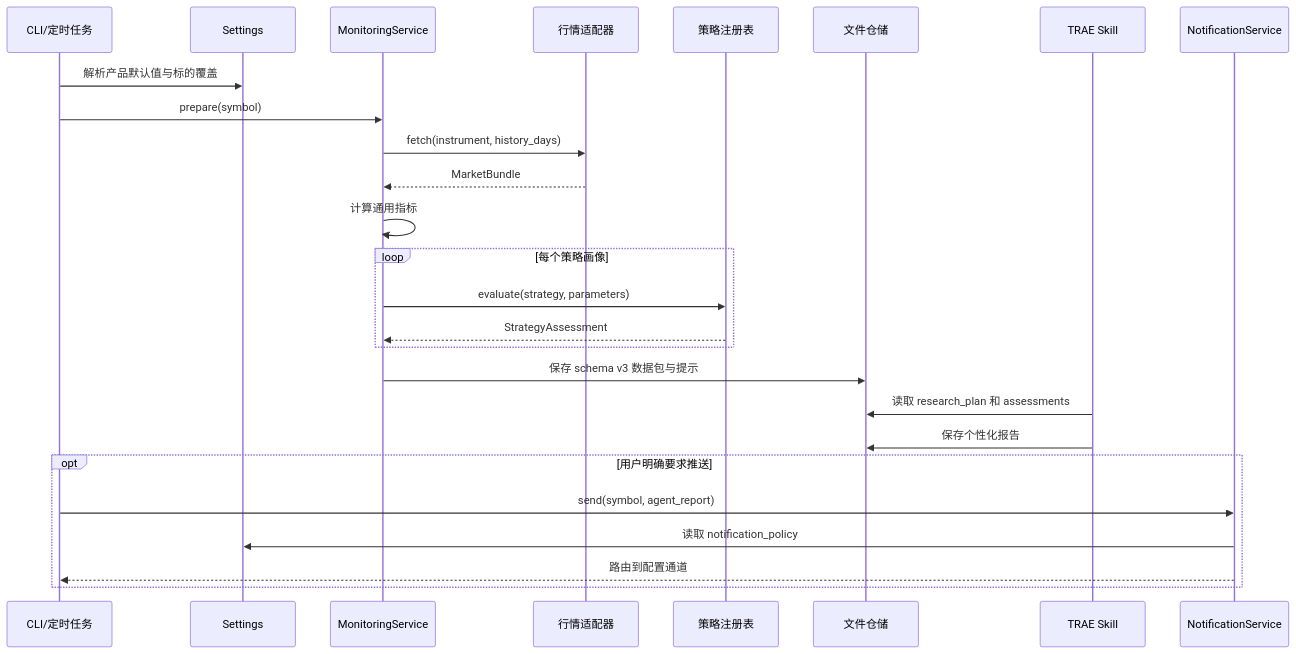
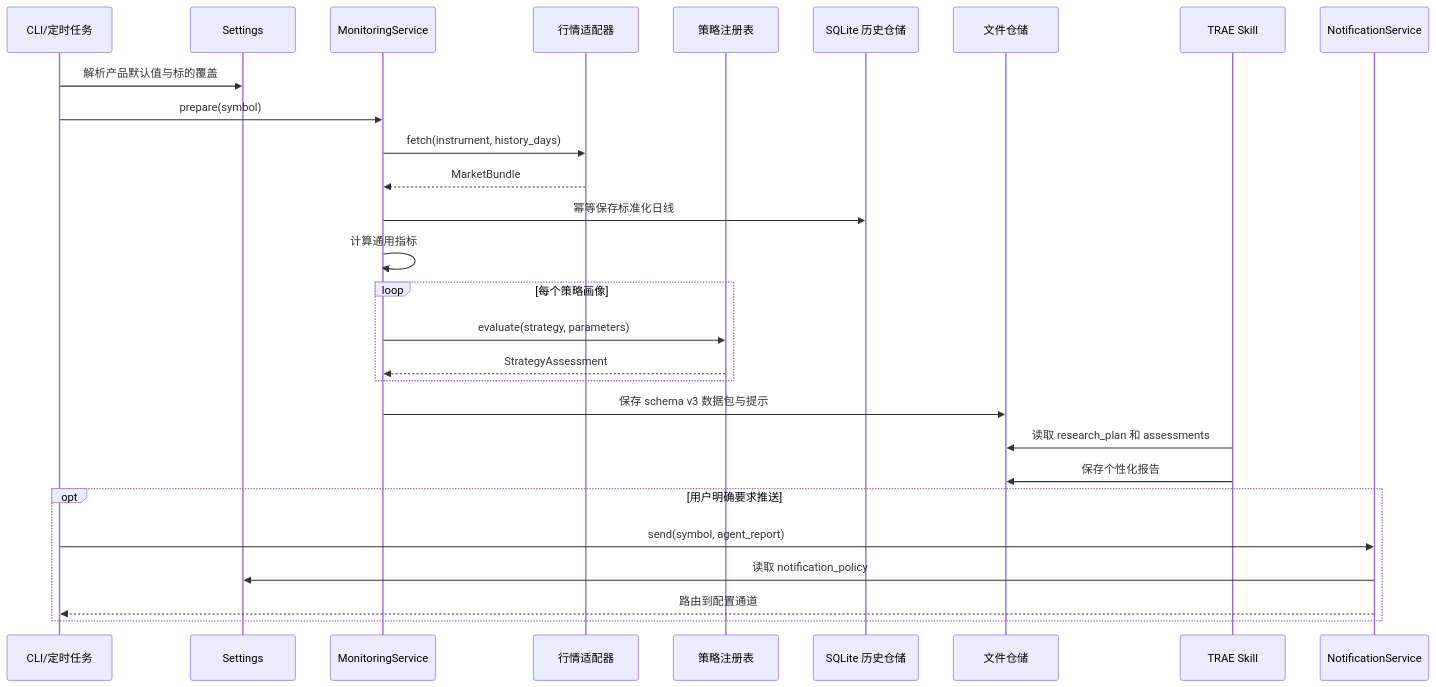
The third of 3 diagrams in docs/architecture.md (lapixiaoxin/quant), drawn with Mermaid before and after one commit. The commit also changed other lines of this file and 46 other files, not shown here.

````diff
--- a/docs/architecture.md
+++ b/docs/architecture.md
@@ -77,29 +79,31 @@
 ```mermaid
 sequenceDiagram
     participant C as CLI/定时任务
     participant S as Settings
     participant A as MonitoringService
     participant P as 行情适配器
     participant G as 策略注册表
+    participant H as SQLite 历史仓储
     participant R as 文件仓储
     participant T as TRAE Skill
     participant N as NotificationService
 
     C->>S: 解析产品默认值与标的覆盖
     C->>A: prepare(symbol)
     A->>P: fetch(instrument, history_days)
     P-->>A: MarketBundle
+    A->>H: 幂等保存标准化日线
     A->>A: 计算通用指标
     loop 每个策略画像
         A->>G: evaluate(strategy, parameters)
         G-->>A: StrategyAssessment
     end
     A->>R: 保存 schema v3 数据包与提示
     T->>R: 读取 research_plan 和 assessments
     T->>R: 保存个性化报告
     opt 用户明确要求推送
         C->>N: send(symbol, agent_report)
         N->>S: 读取 notification_policy
         N-->>C: 路由到配置通道
     end
 ```
````
